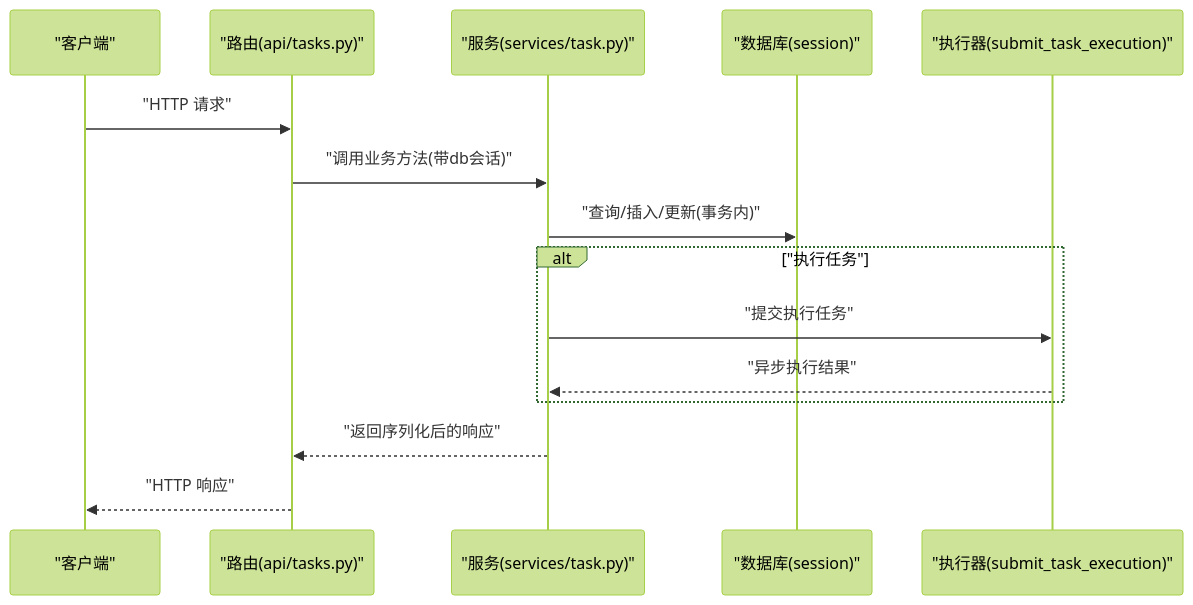
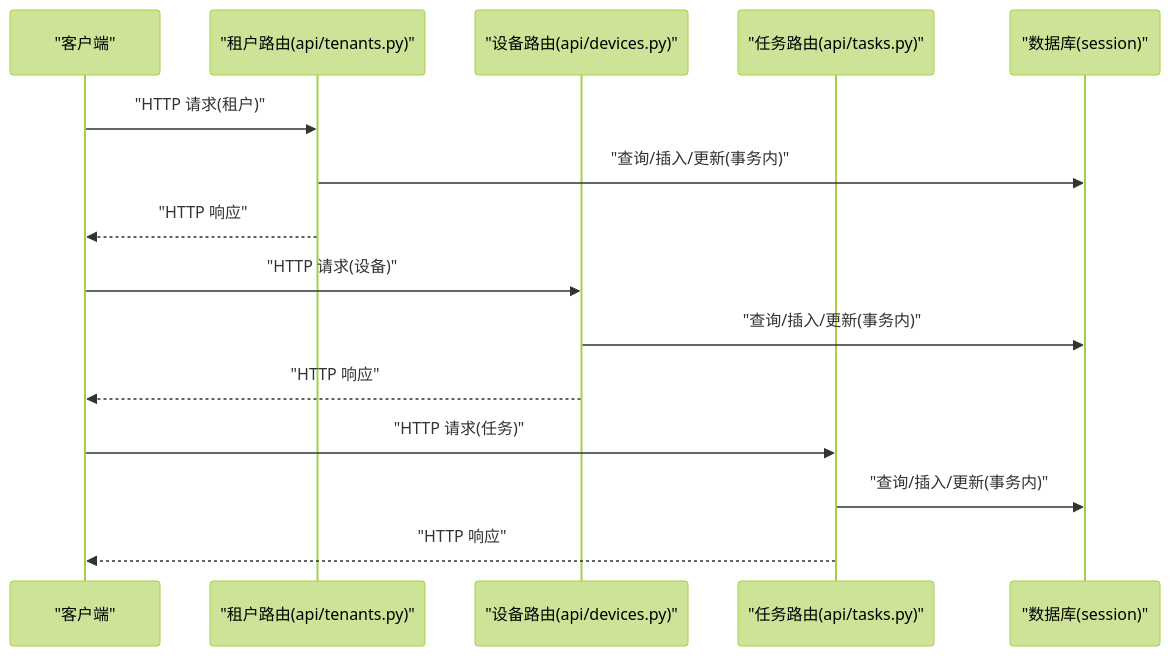
One commit to onebody/ccclubs_AI_RPA changed the second of 5 diagrams in .qoder/repowiki/zh/content/数据持久化/数据模型与访问.md. Above: the diagram before and after it, drawn with Mermaid (forest theme). The commit also changed other lines of this file and 16 other files, not shown here.

````diff
--- a/.qoder/repowiki/zh/content/数据持久化/数据模型与访问.md
+++ b/.qoder/repowiki/zh/content/数据持久化/数据模型与访问.md
@@ -125,17 +124,17 @@
 ```mermaid
 sequenceDiagram
 participant C as "客户端"
-participant R as "路由(api/tasks.py)"
-participant S as "服务(services/task.py)"
-participant D as "数据库(session)"
-participant E as "执行器(submit_task_execution)"
-C->>R : "HTTP 请求"
-R->>S : "调用业务方法(带db会话)"
-S->>D : "查询/插入/更新(事务内)"
-alt "执行任务"
-S->>E : "提交执行任务"
-E-->>S : "异步执行结果"
-end
-S-->>R : "返回序列化后的响应"
+participant RT as "租户路由(api/tenants.py)"
+participant RD as "设备路由(api/devices.py)"
+participant R as "任务路由(api/tasks.py)"
+participant DB as "数据库(session)"
+C->>RT : "HTTP 请求(租户)"
+RT->>DB : "查询/插入/更新(事务内)"
+RT-->>C : "HTTP 响应"
+C->>RD : "HTTP 请求(设备)"
+RD->>DB : "查询/插入/更新(事务内)"
+RD-->>C : "HTTP 响应"
+C->>R : "HTTP 请求(任务)"
+R->>DB : "查询/插入/更新(事务内)"
 R-->>C : "HTTP 响应"
 ```
````
